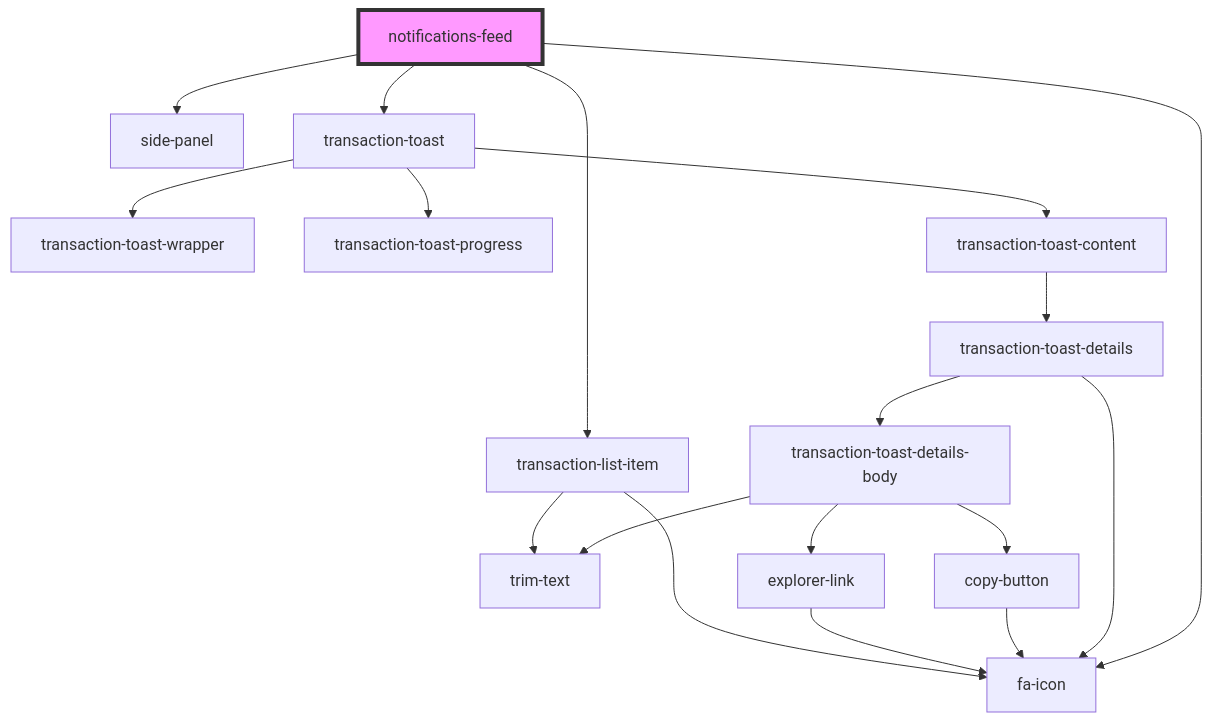
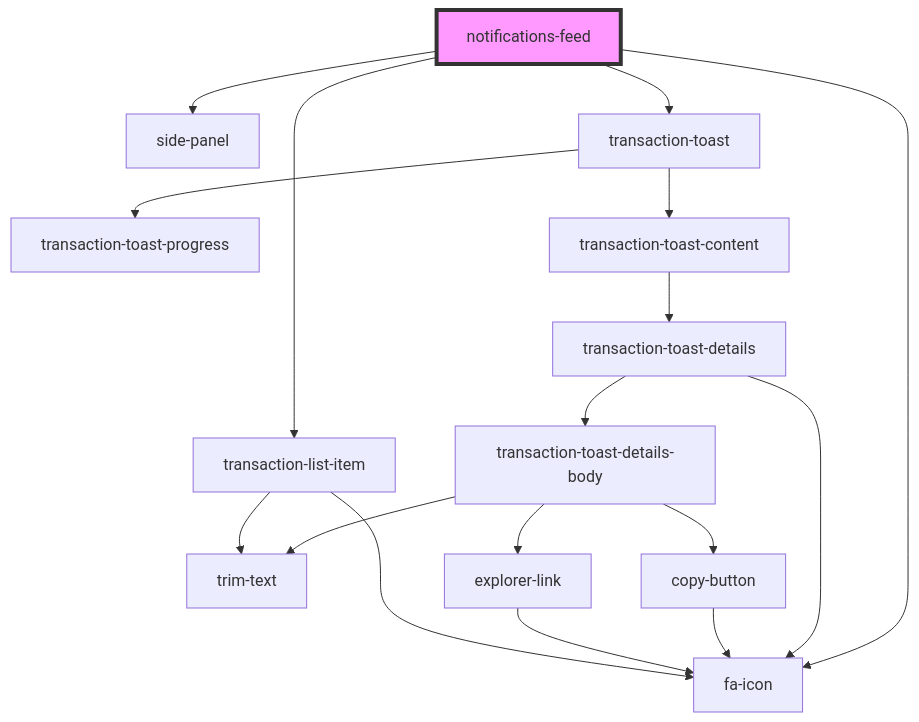
The diagram in src/components/functional/notifications-feed/readme.md (multiversx/mx-sdk-dapp-ui), drawn with Mermaid before and after one commit. The commit also changed 29 other files, not shown here.

````diff
--- a/src/components/functional/notifications-feed/readme.md
+++ b/src/components/functional/notifications-feed/readme.md
@@ -31,21 +31,20 @@
 ```mermaid
 graph TD;
   notifications-feed --> side-panel
   notifications-feed --> fa-icon
   notifications-feed --> transaction-toast
   notifications-feed --> transaction-list-item
-  transaction-toast --> transaction-toast-wrapper
   transaction-toast --> transaction-toast-progress
   transaction-toast --> transaction-toast-content
   transaction-toast-content --> transaction-toast-details
   transaction-toast-details --> fa-icon
   transaction-toast-details --> transaction-toast-details-body
   transaction-toast-details-body --> trim-text
   transaction-toast-details-body --> copy-button
   transaction-toast-details-body --> explorer-link
   copy-button --> fa-icon
   explorer-link --> fa-icon
   transaction-list-item --> fa-icon
   transaction-list-item --> trim-text
   style notifications-feed fill:#f9f,stroke:#333,stroke-width:4px
 ```
````
